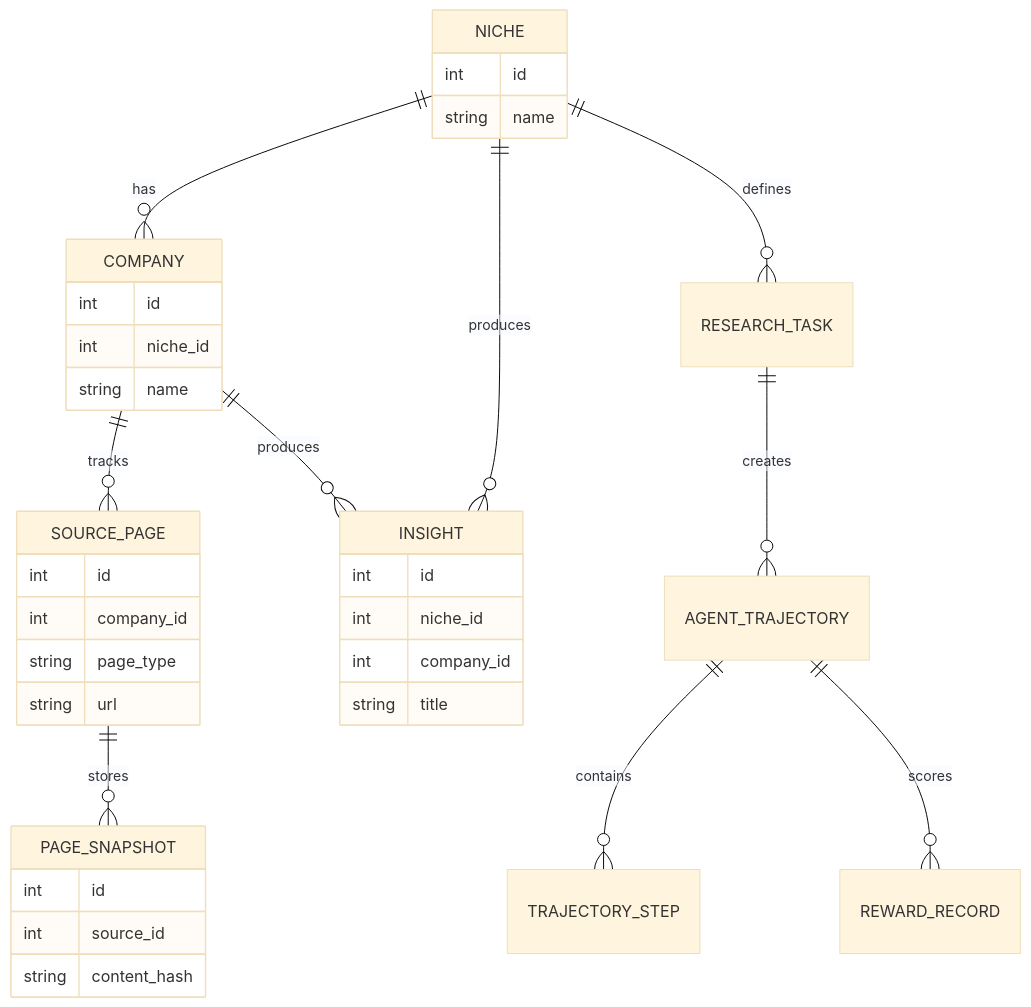
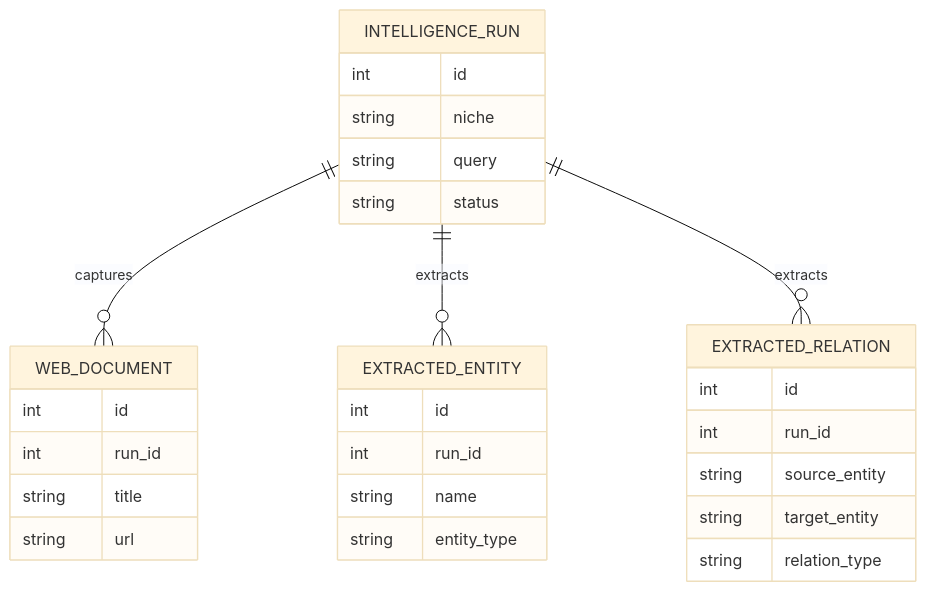
One commit to JM100855/CompetitorRecognition changed the third of 3 diagrams in README.md. Above: the diagram before and after it, drawn with Mermaid (base theme). The commit also changed other lines of this file and 15 other files, not shown here.

Commit message:
Refactor into agentic web intelligence platform

````diff
--- a/README.md
+++ b/README.md
@@ -70,39 +72,32 @@
 ```mermaid
 erDiagram
-    NICHE ||--o{ COMPANY : has
-    COMPANY ||--o{ SOURCE_PAGE : tracks
-    SOURCE_PAGE ||--o{ PAGE_SNAPSHOT : stores
-    NICHE ||--o{ INSIGHT : produces
-    COMPANY ||--o{ INSIGHT : produces
-    NICHE ||--o{ RESEARCH_TASK : defines
-    RESEARCH_TASK ||--o{ AGENT_TRAJECTORY : creates
-    AGENT_TRAJECTORY ||--o{ TRAJECTORY_STEP : contains
-    AGENT_TRAJECTORY ||--o{ REWARD_RECORD : scores
+    INTELLIGENCE_RUN ||--o{ WEB_DOCUMENT : captures
+    INTELLIGENCE_RUN ||--o{ EXTRACTED_ENTITY : extracts
+    INTELLIGENCE_RUN ||--o{ EXTRACTED_RELATION : extracts
 
-    NICHE {
+    INTELLIGENCE_RUN {
         int id
-        string name
+        string niche
+        string query
+        string status
     }
-    COMPANY {
+    WEB_DOCUMENT {
         int id
-        int niche_id
-        string name
-    }
-    SOURCE_PAGE {
-        int id
-        int company_id
-        string page_type
+        int run_id
+        string title
         string url
     }
-    PAGE_SNAPSHOT {
+    EXTRACTED_ENTITY {
         int id
-        int source_id
-        string content_hash
+        int run_id
+        string name
+        string entity_type
     }
-    INSIGHT {
+    EXTRACTED_RELATION {
         int id
-        int niche_id
-        int company_id
-        string title
+        int run_id
+        string source_entity
+        string target_entity
+        string relation_type
     }
 ```
````
